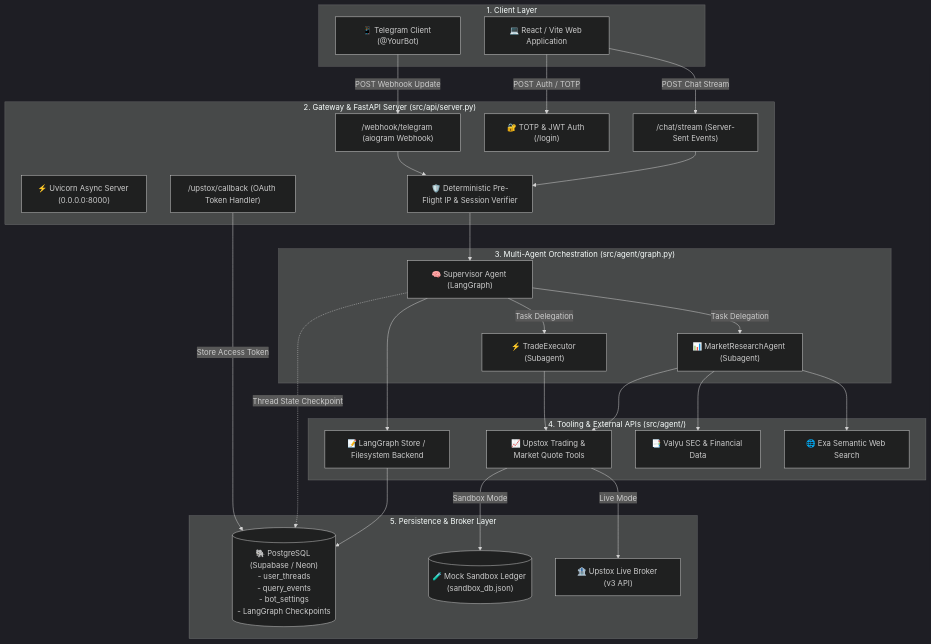
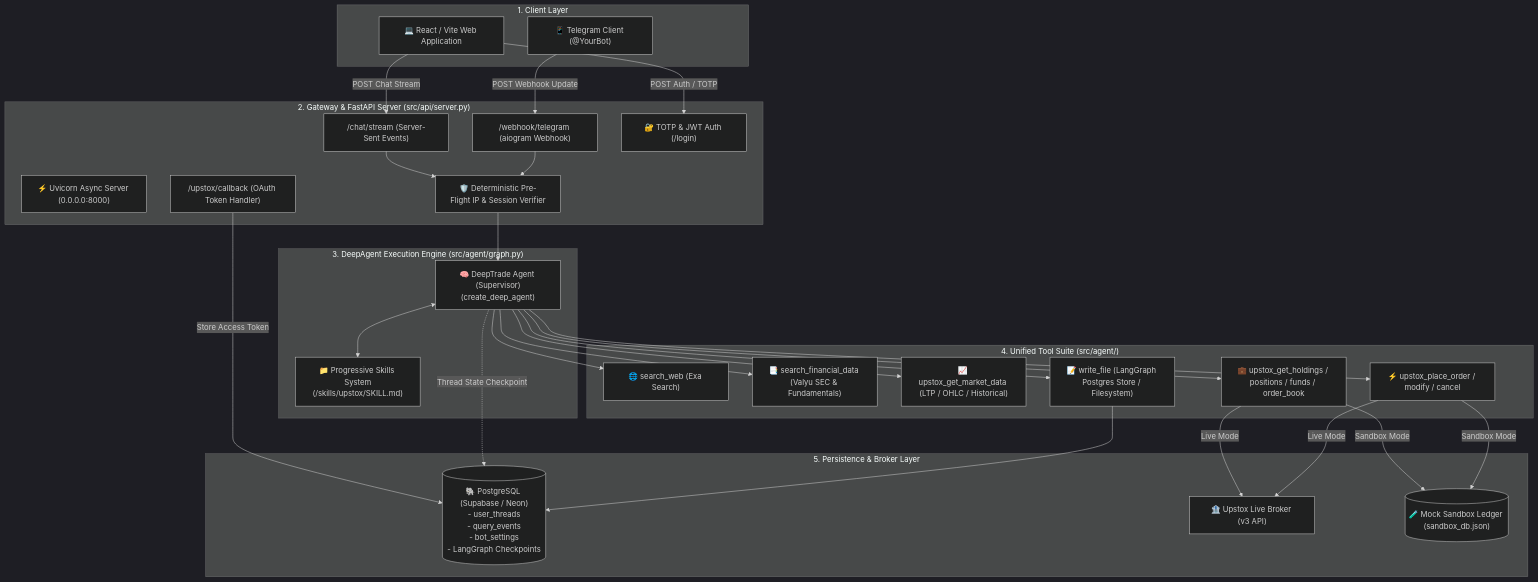
Before and after one commit to Anshu666666/deepTrade: the first of 4 diagrams in architecture_and_skills.md, drawn with Mermaid (dark theme). The commit also changed other lines of this file and 2 other files, not shown here.

Commit message:
docs: clarify single DeepAgent architecture with progressive skills and unified tools

````diff
--- a/architecture_and_skills.md
+++ b/architecture_and_skills.md
@@ -3,54 +3,57 @@
 ```mermaid
 flowchart TB
     subgraph ClientLayer["1. Client Layer"]
         TG["📱 Telegram Client (@YourBot)"]
         WEB["💻 React / Vite Web Application"]
     end
 
     subgraph ApiLayer["2. Gateway & FastAPI Server (src/api/server.py)"]
         UVI["⚡ Uvicorn Async Server (0.0.0.0:8000)"]
         WEBHOOK["/webhook/telegram (aiogram Webhook)"]
         SSE_ENDPOINT["/chat/stream (Server-Sent Events)"]
         AUTH_TOTP["🔐 TOTP & JWT Auth (/login)"]
         UPSTOX_CALLBACK["/upstox/callback (OAuth Token Handler)"]
         PRECHECK["🛡️ Deterministic Pre-Flight IP & Session Verifier"]
     end
 
-    subgraph AgentLayer["3. Multi-Agent Orchestration (src/agent/graph.py)"]
-        SUPERVISOR["🧠 Supervisor Agent (LangGraph)"]
-        MRA["📊 MarketResearchAgent (Subagent)"]
-        TEX["⚡ TradeExecutor (Subagent)"]
+    subgraph AgentLayer["3. DeepAgent Execution Engine (src/agent/graph.py)"]
+        SUPERVISOR["🧠 DeepTrade Agent (Supervisor)<br/>(create_deep_agent)"]
+        SKILLS["📁 Progressive Skills System<br/>(/skills/upstox/SKILL.md)"]
+        SUPERVISOR <--> SKILLS
     end
 
-    subgraph ToolsLayer["4. Tooling & External APIs (src/agent/)"]
-        TOOL_EXA["🌐 Exa Semantic Web Search"]
-        TOOL_VALYU["📑 Valyu SEC & Financial Data"]
-        TOOL_UPSTOX["📈 Upstox Trading & Market Quote Tools"]
-        TOOL_FILES["📝 LangGraph Store / Filesystem Backend"]
+    subgraph ToolsLayer["4. Unified Tool Suite (src/agent/)"]
+        TOOL_EXA["🌐 search_web (Exa Search)"]
+        TOOL_VALYU["📑 search_financial_data (Valyu SEC & Fundamentals)"]
+        TOOL_UPSTOX_MKT["📈 upstox_get_market_data (LTP / OHLC / Historical)"]
+        TOOL_UPSTOX_ORD["⚡ upstox_place_order / modify / cancel"]
+        TOOL_UPSTOX_PORT["💼 upstox_get_holdings / positions / funds / order_book"]
+        TOOL_FILES["📝 write_file (LangGraph Postgres Store / Filesystem)"]
     end
 
     subgraph StorageLayer["5. Persistence & Broker Layer"]
         POSTGRES[("🐘 PostgreSQL (Supabase / Neon)<br/>- user_threads<br/>- query_events<br/>- bot_settings<br/>- LangGraph Checkpoints")]
         BROKER["🏦 Upstox Live Broker (v3 API)"]
         SANDBOX_LEDGER[("🧪 Mock Sandbox Ledger (sandbox_db.json)")]
     end
 
     TG -->|POST Webhook Update| WEBHOOK
     WEB -->|POST Chat Stream| SSE_ENDPOINT
     WEB -->|POST Auth / TOTP| AUTH_TOTP
     WEBHOOK --> PRECHECK
     SSE_ENDPOINT --> PRECHECK
     PRECHECK --> SUPERVISOR
-    SUPERVISOR -->|Task Delegation| MRA
-    SUPERVISOR -->|Task Delegation| TEX
-    MRA --> TOOL_EXA
-    MRA --> TOOL_VALYU
-    MRA --> TOOL_UPSTOX
-    TEX --> TOOL_UPSTOX
+    SUPERVISOR --> TOOL_EXA
+    SUPERVISOR --> TOOL_VALYU
+    SUPERVISOR --> TOOL_UPSTOX_MKT
+    SUPERVISOR --> TOOL_UPSTOX_ORD
+    SUPERVISOR --> TOOL_UPSTOX_PORT
     SUPERVISOR --> TOOL_FILES
     TOOL_FILES --> POSTGRES
     SUPERVISOR -.->|Thread State Checkpoint| POSTGRES
-    TOOL_UPSTOX -->|Live Mode| BROKER
-    TOOL_UPSTOX -->|Sandbox Mode| SANDBOX_LEDGER
+    TOOL_UPSTOX_ORD -->|Live Mode| BROKER
+    TOOL_UPSTOX_ORD -->|Sandbox Mode| SANDBOX_LEDGER
+    TOOL_UPSTOX_PORT -->|Live Mode| BROKER
+    TOOL_UPSTOX_PORT -->|Sandbox Mode| SANDBOX_LEDGER
     UPSTOX_CALLBACK -->|Store Access Token| POSTGRES
 ```
````
